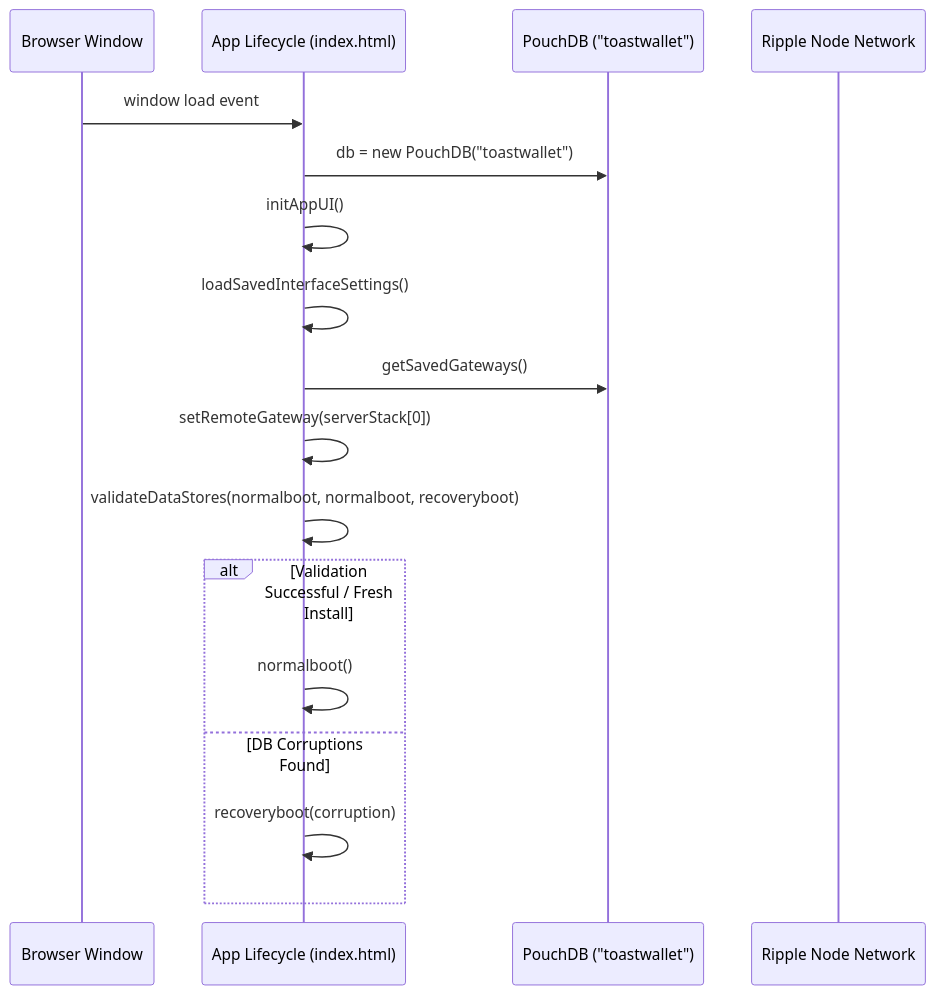
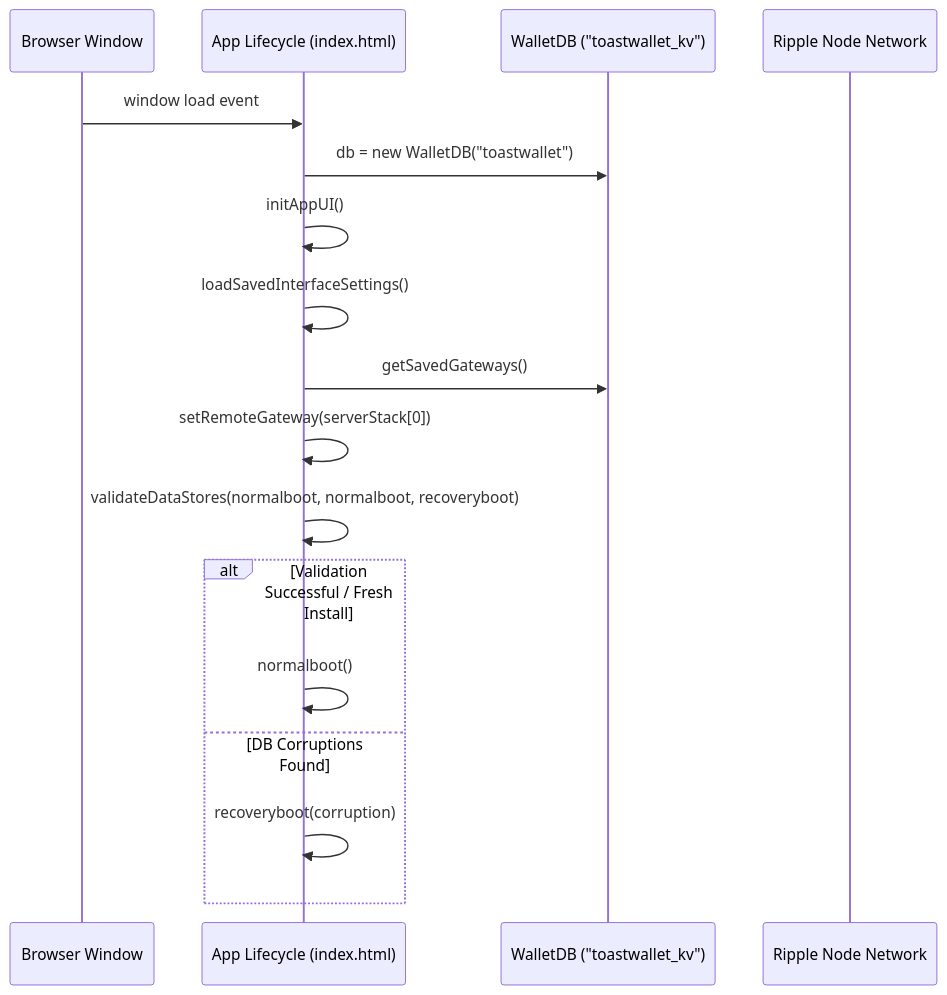
Before and after one commit to likev/ToastWallet-core: the second of 3 diagrams in www/api.md, drawn with Mermaid. The commit also changed other lines of this file and 4 other files, not shown here.

````diff
--- a/www/api.md
+++ b/www/api.md
@@ -299,20 +299,20 @@
 ```mermaid
 sequenceDiagram
     participant Window as Browser Window
     participant App as App Lifecycle (index.html)
-    participant DB as PouchDB ("toastwallet")
+    participant DB as WalletDB ("toastwallet_kv")
     participant Network as Ripple Node Network
 
     Window->>App: window load event
-    App->>DB: db = new PouchDB("toastwallet")
+    App->>DB: db = new WalletDB("toastwallet")
     App->>App: initAppUI()
     App->>App: loadSavedInterfaceSettings()
     App->>DB: getSavedGateways()
     App->>App: setRemoteGateway(serverStack[0])
     App->>App: validateDataStores(normalboot, normalboot, recoveryboot)
     alt Validation Successful / Fresh Install
         App->>App: normalboot()
     else DB Corruptions Found
         App->>App: recoveryboot(corruption)
     end
 ```
````
